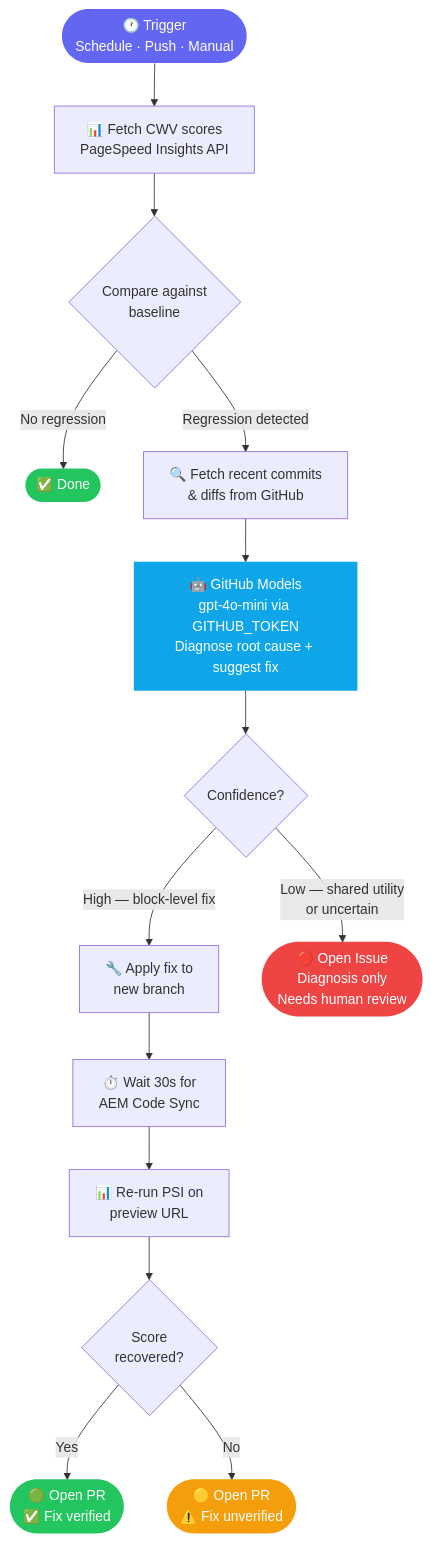
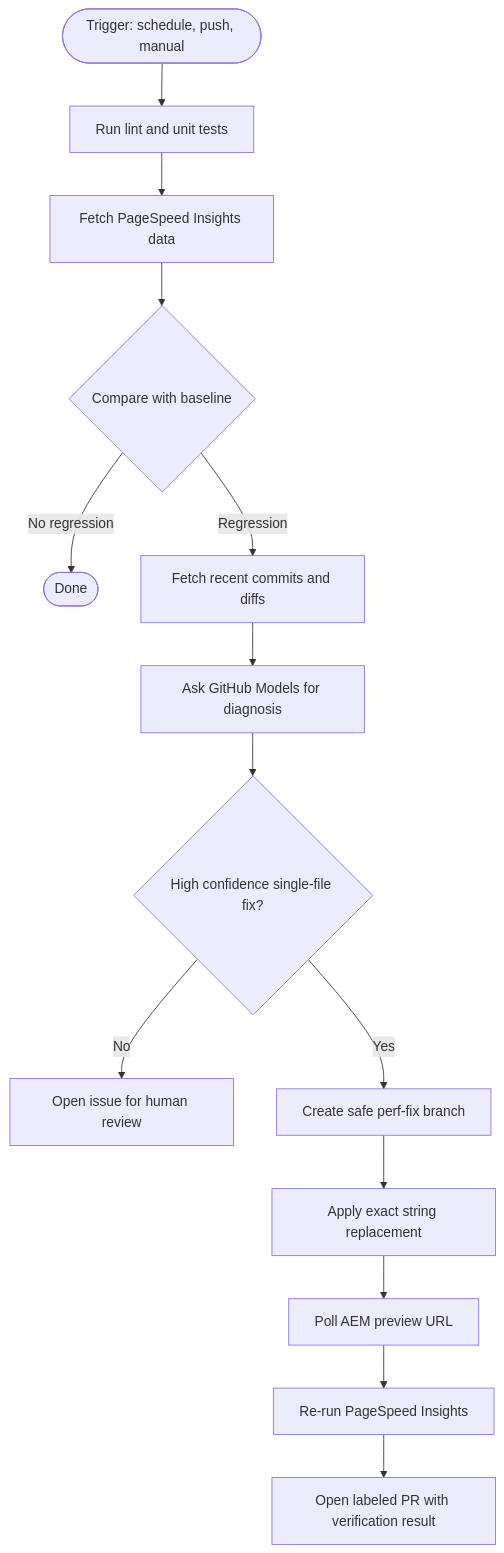
The diagram in README.md (neeraj10raja/aem-eds-cwv-agent), drawn with Mermaid before and after one commit. The commit also changed other lines of this file and 18 other files, not shown here.

````diff
--- a/README.md
+++ b/README.md
@@ -22,37 +57,16 @@
 ```mermaid
 flowchart TD
-    A([🕐 Trigger\nSchedule · Push · Manual]) --> B
-
-    B[📊 Fetch CWV scores\nPageSpeed Insights API] --> C
-
-    C{Compare against\nbaseline} -->|No regression| D([✅ Done])
-    C -->|Regression detected| E
-
-    E[🔍 Fetch recent commits\n& diffs from GitHub] --> F
-
-    F[🤖 GitHub Models\ngpt-4o-mini via GITHUB_TOKEN\nDiagnose root cause + suggest fix] --> G
-
-    G{Confidence?}
-
-    G -->|High — block-level fix| H
-    G -->|Low — shared utility\nor uncertain| L
-
-    H[🔧 Apply fix to\nnew branch] --> I
-
-    I[⏱️ Wait 30s for\nAEM Code Sync] --> J
-
-    J[📊 Re-run PSI on\npreview URL] --> K
-
-    K{Score\nrecovered?}
-    K -->|Yes| M([🟢 Open PR\n✅ Fix verified])
-    K -->|No| N([🟡 Open PR\n⚠️ Fix unverified])
-
-    L([🔴 Open Issue\nDiagnosis only\nNeeds human review])
-
-    style A fill:#6366f1,color:#fff,stroke:none
-    style D fill:#22c55e,color:#fff,stroke:none
-    style M fill:#22c55e,color:#fff,stroke:none
-    style N fill:#f59e0b,color:#fff,stroke:none
-    style L fill:#ef4444,color:#fff,stroke:none
-    style F fill:#0ea5e9,color:#fff,stroke:none
+    A([Trigger: schedule, push, manual]) --> B[Run lint and unit tests]
+    B --> C[Fetch PageSpeed Insights data]
+    C --> D{Compare with baseline}
+    D -->|No regression| E([Done])
+    D -->|Regression| F[Fetch recent commits and diffs]
+    F --> G[Ask GitHub Models for diagnosis]
+    G --> H{High confidence single-file fix?}
+    H -->|No| I[Open issue for human review]
+    H -->|Yes| J[Create safe perf-fix branch]
+    J --> K[Apply exact string replacement]
+    K --> L[Poll AEM preview URL]
+    L --> M[Re-run PageSpeed Insights]
+    M --> N[Open labeled PR with verification result]
 ```
````
